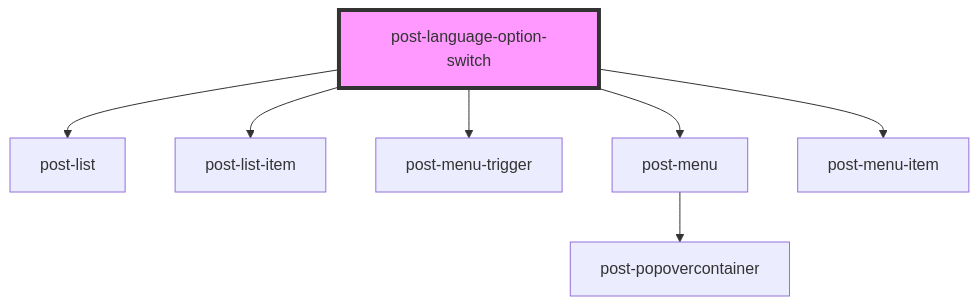
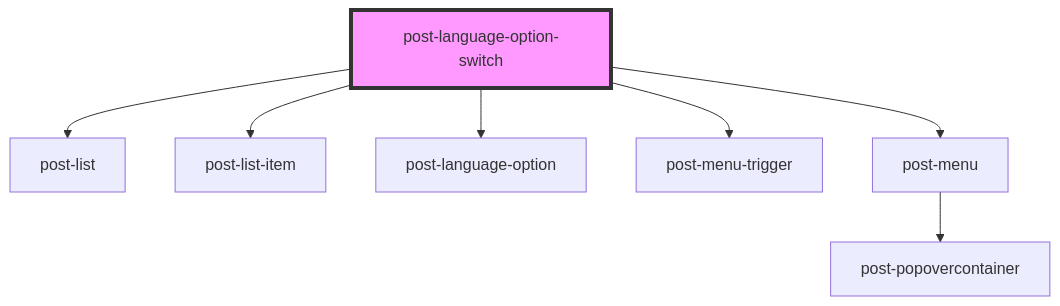
One commit to swisspost/design-system changed the diagram in packages/components/src/components/post-language-option-switch/readme.md. Above: the diagram before and after it, drawn with Mermaid. The commit also changed other lines of this file and 5 other files, not shown here.

Commit message:
wip language switch, set web components in post-language-option-switch

````diff
--- a/packages/components/src/components/post-language-option-switch/readme.md
+++ b/packages/components/src/components/post-language-option-switch/readme.md
@@ -27,10 +27,10 @@
 ```mermaid
 graph TD;
   post-language-option-switch --> post-list
   post-language-option-switch --> post-list-item
+  post-language-option-switch --> post-language-option
   post-language-option-switch --> post-menu-trigger
   post-language-option-switch --> post-menu
-  post-language-option-switch --> post-menu-item
   post-menu --> post-popovercontainer
   style post-language-option-switch fill:#f9f,stroke:#333,stroke-width:4px
 ```
````
